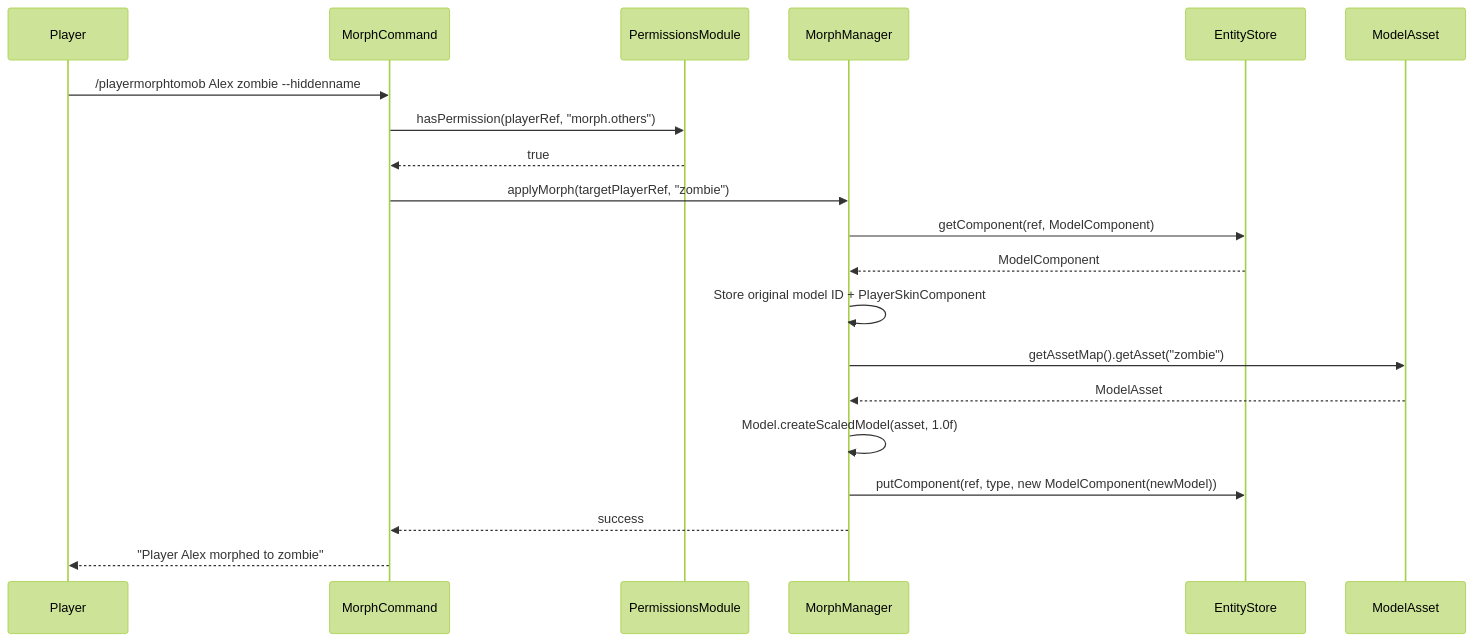
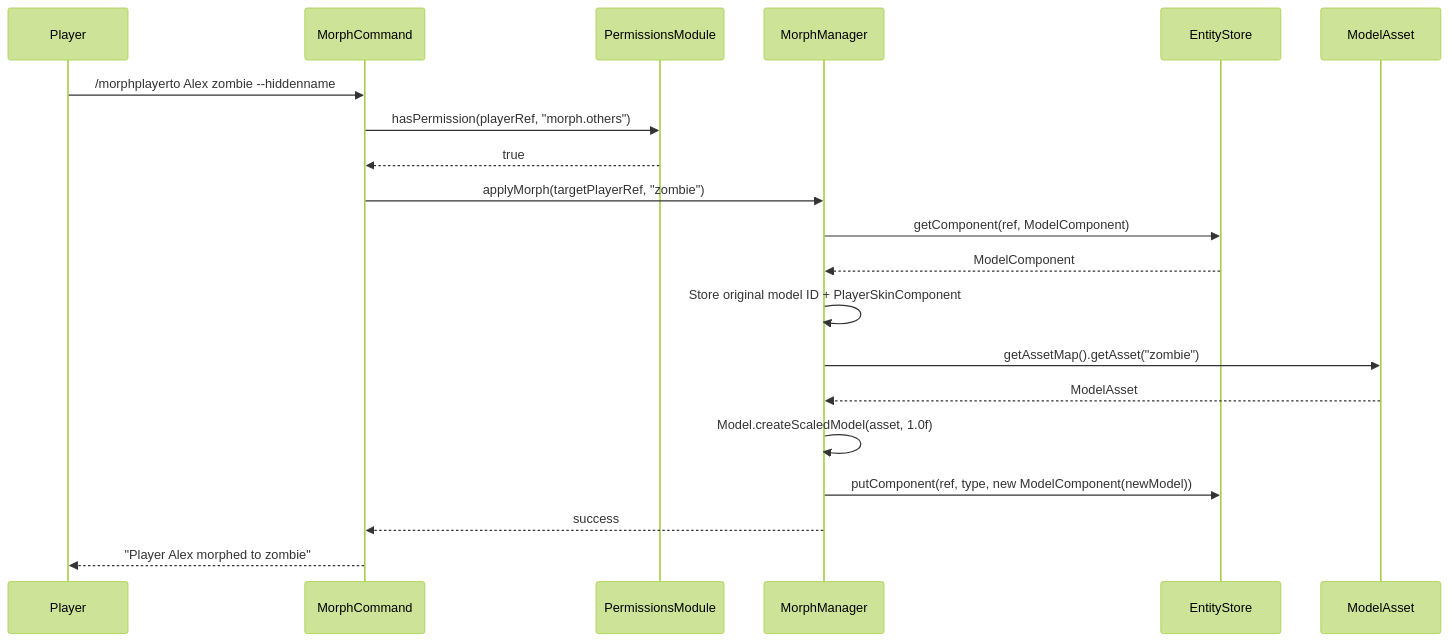
The third of 10 diagrams in .claude/docs/architecture.md (gorduan/Heytale-PlayerMorph), drawn with Mermaid (forest theme) before and after one commit. The commit also changed other lines of this file and 25 other files, not shown here.

````diff
--- a/.claude/docs/architecture.md
+++ b/.claude/docs/architecture.md
@@ -104,27 +104,27 @@
 ```mermaid
 sequenceDiagram
     participant P as Player
     participant C as MorphCommand
     participant PM as PermissionsModule
     participant MM as MorphManager
     participant ES as EntityStore
     participant MA as ModelAsset
 
-    P->>C: /playermorphtomob Alex zombie --hiddenname
+    P->>C: /morphplayerto Alex zombie --hiddenname
     C->>PM: hasPermission(playerRef, "morph.others")
     PM-->>C: true
 
     C->>MM: applyMorph(targetPlayerRef, "zombie")
     MM->>ES: getComponent(ref, ModelComponent)
     ES-->>MM: ModelComponent
 
     MM->>MM: Store original model ID + PlayerSkinComponent
     MM->>MA: getAssetMap().getAsset("zombie")
     MA-->>MM: ModelAsset
 
     MM->>MM: Model.createScaledModel(asset, 1.0f)
     MM->>ES: putComponent(ref, type, new ModelComponent(newModel))
 
     MM-->>C: success
     C-->>P: "Player Alex morphed to zombie"
 ```
````
